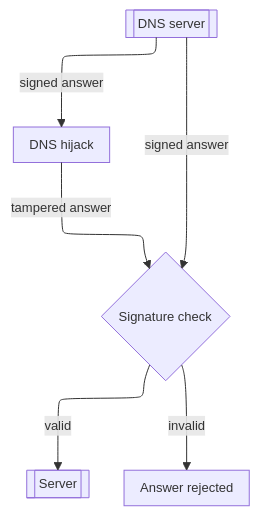
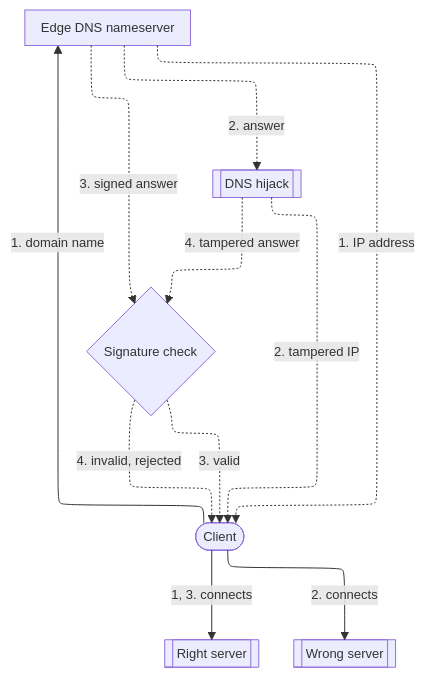
Before and after one commit to aziontech/docs: the fourth of 4 diagrams in apps/docs/src/content/docs/en/pages/secure/edge-dns/how-it-works.mdx, drawn with Mermaid. The commit also changed other lines of this file and 73 other files, not shown here.

Commit message:
fix(edge-dns): test the Edge DNS section against the product and correct the pages (#2710)

````diff
--- a/apps/docs/src/content/docs/en/pages/secure/edge-dns/how-it-works.mdx
+++ b/apps/docs/src/content/docs/en/pages/secure/edge-dns/how-it-works.mdx
@@ -139,9 +150,20 @@
 ```mermaid
-%%{init: {"layout": "elk", "themeVariables": {"fontSize": "13px"}, "flowchart": {"nodeSpacing": 24, "rankSpacing": 36, "padding": 8, "wrappingWidth": 150, "useMaxWidth": true}, "sequence": {"width": 120, "actorMargin": 30, "useMaxWidth": true}}}%%
+%%{init: {"layout": "elk", "elk": {"cycleBreakingStrategy": "MODEL_ORDER"}, "themeVariables": {"fontSize": "13px"}, "flowchart": {"nodeSpacing": 24, "rankSpacing": 36, "padding": 8, "wrappingWidth": 150, "useMaxWidth": true}, "sequence": {"width": 120, "actorMargin": 30, "useMaxWidth": true}}}%%
 flowchart TD
-  Dns[["DNS server"]] -->|"signed answer"| Check{"Signature check"}
-  Dns -->|"signed answer"| Hij["DNS hijack"]
-  Hij -->|"tampered answer"| Check
-  Check -->|"valid"| Srv[["Server"]]
-  Check -->|"invalid"| Rej["Answer rejected"]
+  Client(["Client"])
+  NS["Edge DNS nameserver"]
+  Hijack[["DNS hijack"]]
+  Check{"Signature check"}
+  Right[["Right server"]]
+  Wrong[["Wrong server"]]
+  Client -->|"1. domain name"| NS
+  NS -.->|"1. IP address"| Client
+  NS -.->|"2. answer"| Hijack
+  Hijack -.->|"2. tampered IP"| Client
+  NS -.->|"3. signed answer"| Check
+  Hijack -.->|"4. tampered answer"| Check
+  Check -.->|"3. valid"| Client
+  Check -.->|"4. invalid, rejected"| Client
+  Client -->|"1, 3. connects"| Right
+  Client -->|"2. connects"| Wrong
 ```
````
